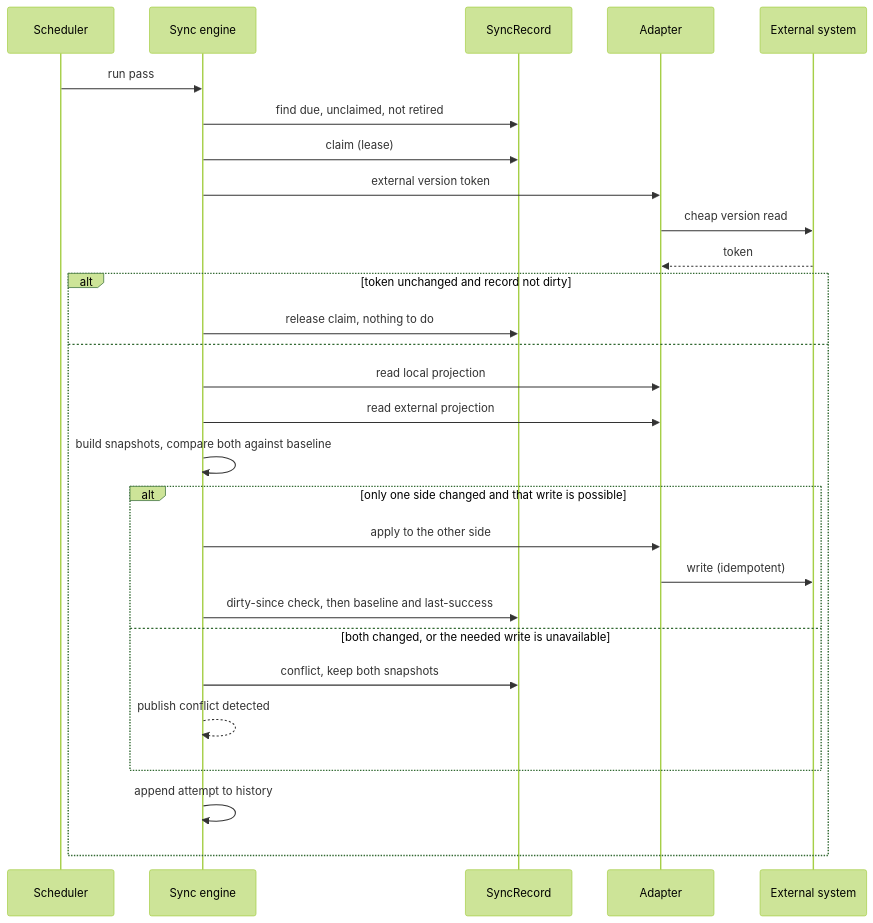
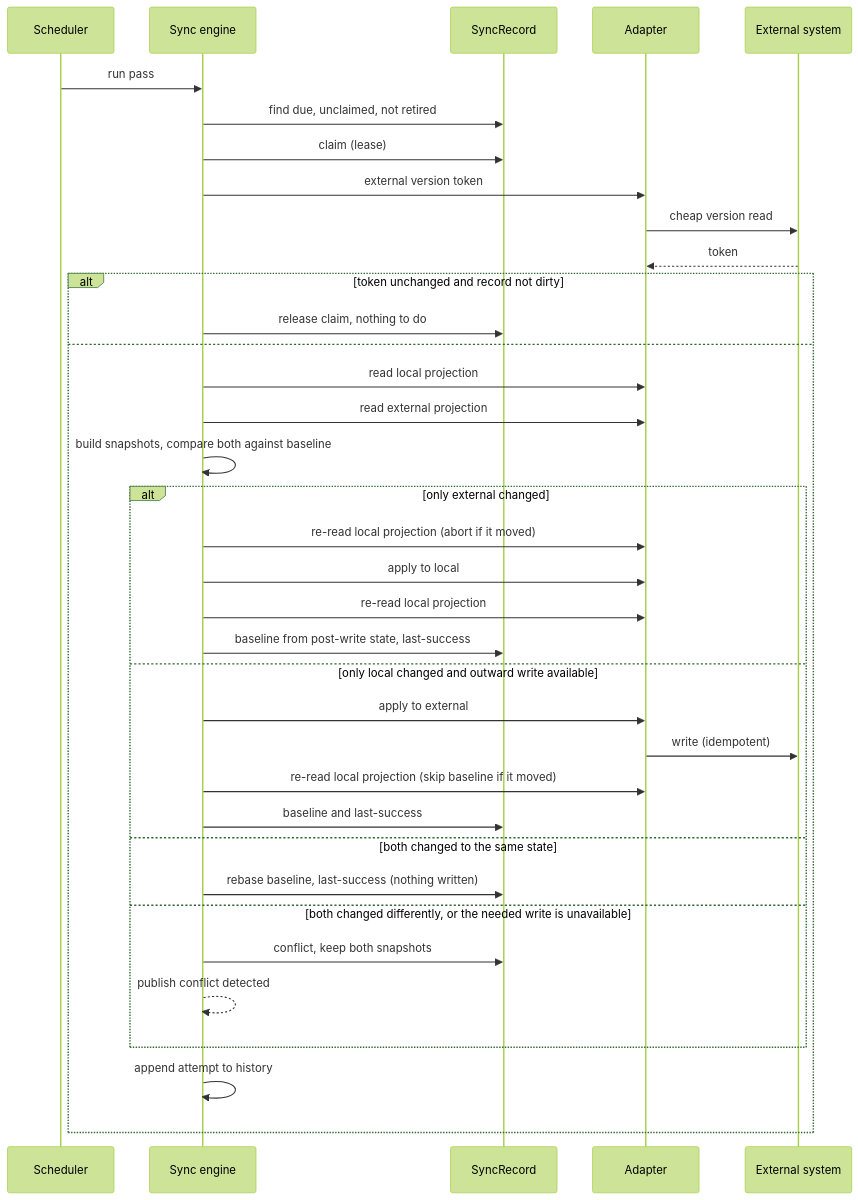
The second of 2 diagrams in openspec/changes/add-bidirectional-sync-engine/design.md (zabiny/klabis), drawn with Mermaid (forest theme) before and after one commit. The commit also changed other lines of this file and 1 other file, not shown here.

````diff
--- a/openspec/changes/add-bidirectional-sync-engine/design.md
+++ b/openspec/changes/add-bidirectional-sync-engine/design.md
@@ -404,31 +457,39 @@
 ```mermaid
 sequenceDiagram
     participant S as Scheduler
     participant E as Sync engine
     participant R as SyncRecord
     participant A as Adapter
     participant X as External system
 
     S->>E: run pass
     E->>R: find due, unclaimed, not retired
     E->>R: claim (lease)
     E->>A: external version token
     A->>X: cheap version read
     X-->>A: token
     alt token unchanged and record not dirty
         E->>R: release claim, nothing to do
     else
         E->>A: read local projection
         E->>A: read external projection
         E->>E: build snapshots, compare both against baseline
-        alt only one side changed and that write is possible
-            E->>A: apply to the other side
+        alt only external changed
+            E->>A: re-read local projection (abort if it moved)
+            E->>A: apply to local
+            E->>A: re-read local projection
+            E->>R: baseline from post-write state, last-success
+        else only local changed and outward write available
+            E->>A: apply to external
             A->>X: write (idempotent)
-            E->>R: dirty-since check, then baseline and last-success
-        else both changed, or the needed write is unavailable
+            E->>A: re-read local projection (skip baseline if it moved)
+            E->>R: baseline and last-success
+        else both changed to the same state
+            E->>R: rebase baseline, last-success (nothing written)
+        else both changed differently, or the needed write is unavailable
             E->>R: conflict, keep both snapshots
             E-->>E: publish conflict detected
         end
         E->>E: append attempt to history
     end
 ```
````
